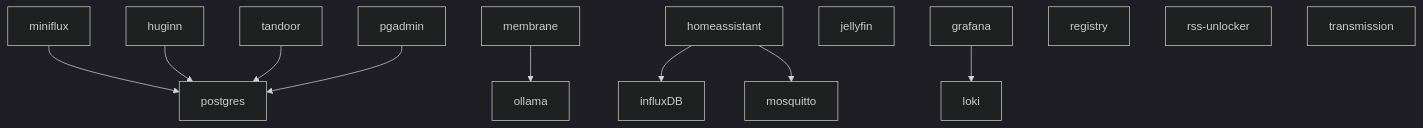
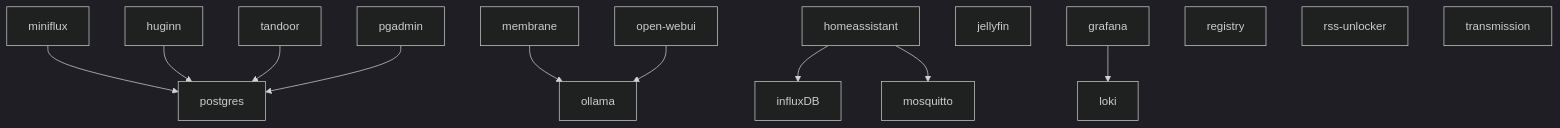
One commit to campfireman/home-lab changed the diagram in README.md. Above: the diagram before and after it, drawn with Mermaid (dark theme). The commit also changed 1 other file, not shown here.

Commit message:
Added deployment of open webui

````diff
--- a/README.md
+++ b/README.md
@@ -3,15 +3,16 @@
 ```mermaid
 flowchart TD
     miniflux --> postgres
     huginn --> postgres
     tandoor --> postgres
     pgadmin --> postgres
     membrane --> ollama
+    open-webui --> ollama
     homeassistant --> influxDB
     homeassistant --> mosquitto
     jellyfin
     grafana --> loki
     registry
     rss-unlocker
     transmission
 ```
````
